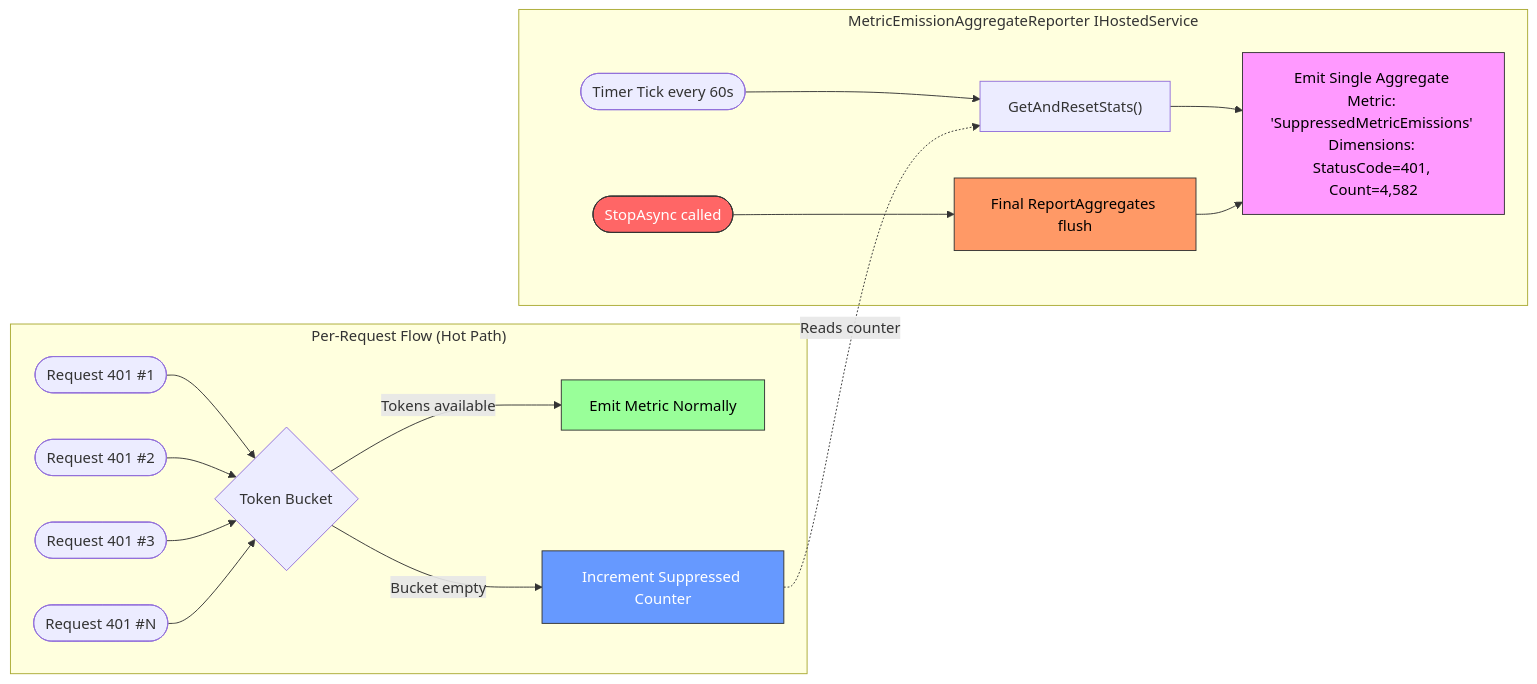
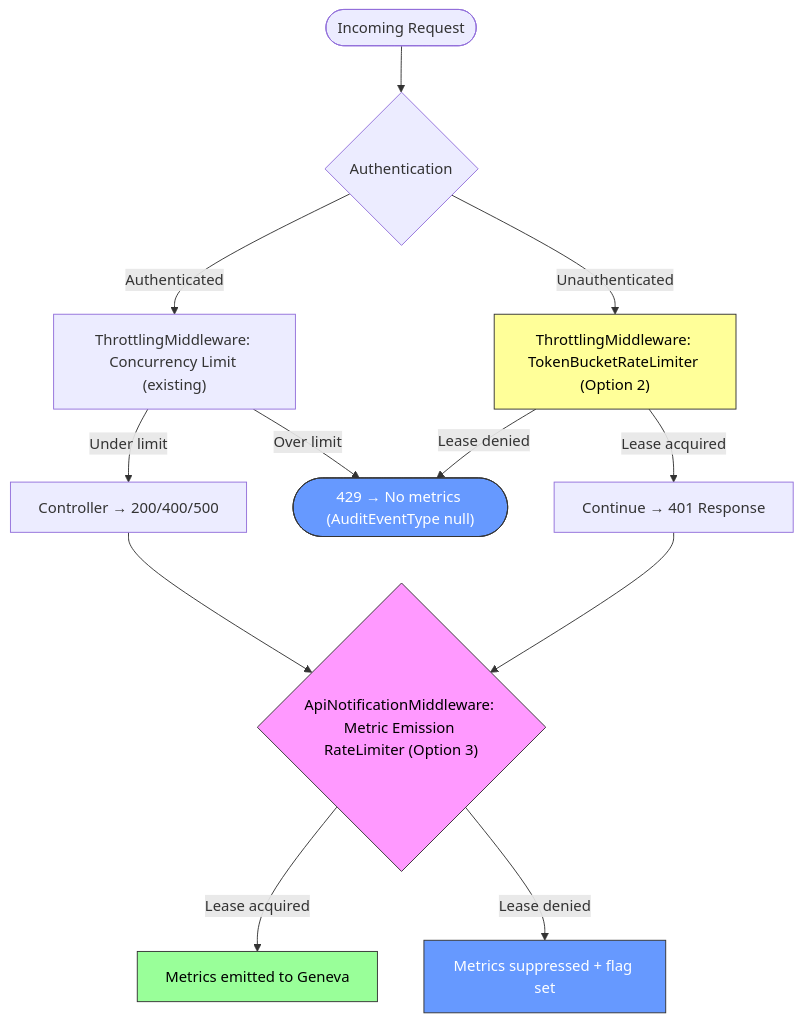
One commit to microsoft/fhir-server changed the fifth of 5 diagrams in docs/arch/adr-2605-metric-emission-rate-limiting.md. Above: the diagram before and after it, drawn with Mermaid. The commit also changed other lines of this file, not shown here.

Commit message:
Simplify rate limiter bucket

````diff
--- a/docs/arch/adr-2605-metric-emission-rate-limiting.md
+++ b/docs/arch/adr-2605-metric-emission-rate-limiting.md
@@ -403,27 +541,25 @@
 ```mermaid
-flowchart LR
-    subgraph Per_Request ["Per-Request Flow (Hot Path)"]
-        REQ1([Request 401 #1]) --> RL{Token Bucket}
-        REQ2([Request 401 #2]) --> RL
-        REQ3([Request 401 #3]) --> RL
-        REQN([Request 401 #N]) --> RL
+flowchart TD
+    REQ([Incoming Request]) --> AUTH{Authentication}
 
-        RL -->|"Tokens available"| EMIT[Emit Metric Normally]
-        RL -->|"Bucket empty"| COUNT[Increment Suppressed Counter]
-    end
+    AUTH -->|Authenticated| CONC["ThrottlingMiddleware: Concurrency Limit (existing)"]
+    AUTH -->|Unauthenticated| RATE["ThrottlingMiddleware: TokenBucketRateLimiter (Option 2)"]
 
-    subgraph Hosted_Service ["MetricEmissionAggregateReporter IHostedService"]
-        TIMER([Timer Tick every 60s]) --> STATS["GetAndResetStats()"]
-        STATS --> AGG_EMIT["Emit Single Aggregate Metric: 'SuppressedMetricEmissions' Dimensions: StatusCode=401, Count=4,582"]
-        SHUTDOWN([StopAsync called]) --> FLUSH["Final ReportAggregates flush"]
-        FLUSH --> AGG_EMIT
-    end
+    CONC -->|Under limit| CONTROLLER["Controller → 200/400/500"]
+    CONC -->|Over limit| REJECT_429(["429 → No metrics (AuditEventType null)"])
 
-    COUNT -.->|Reads counter| STATS
+    RATE -->|Lease acquired| PASS_UNAUTH["Continue → 401 Response"]
+    RATE -->|Lease denied| REJECT_429
 
+    CONTROLLER --> METRIC_GATE{"ApiNotificationMiddleware: Metric Emission RateLimiter (Option 3)"}
+    PASS_UNAUTH --> METRIC_GATE
+
+    METRIC_GATE -->|Lease acquired| EMIT["Metrics emitted to Geneva"]
+    METRIC_GATE -->|Lease denied| SUPPRESS["Metrics suppressed + flag set"]
+
+    style RATE fill:#ff9,stroke:#333,color:#000
+    style METRIC_GATE fill:#f9f,stroke:#333,color:#000
+    style REJECT_429 fill:#69f,stroke:#333,color:#fff
     style EMIT fill:#9f9,stroke:#333,color:#000
-    style COUNT fill:#69f,stroke:#333,color:#fff
-    style AGG_EMIT fill:#f9f,stroke:#333,color:#000
-    style SHUTDOWN fill:#f66,stroke:#333,color:#fff
-    style FLUSH fill:#f96,stroke:#333,color:#000
+    style SUPPRESS fill:#69f,stroke:#333,color:#fff
 ```
````
